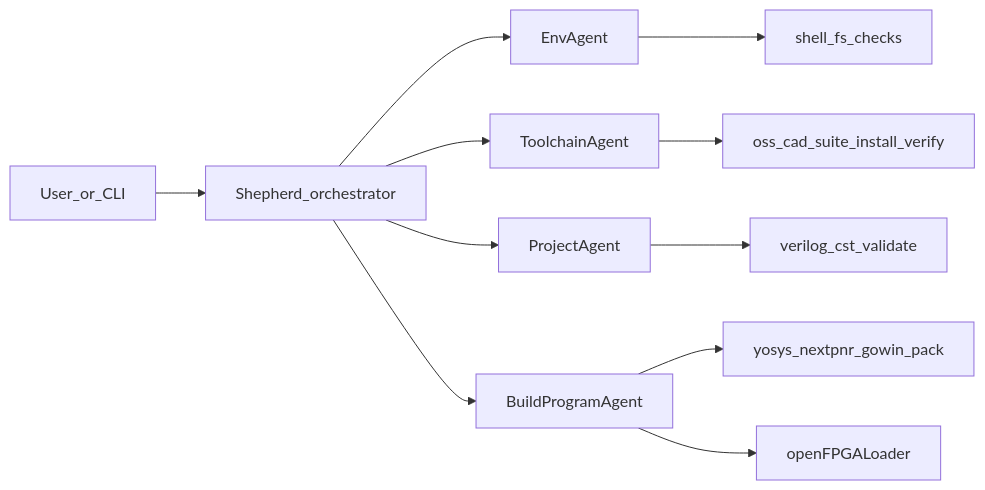
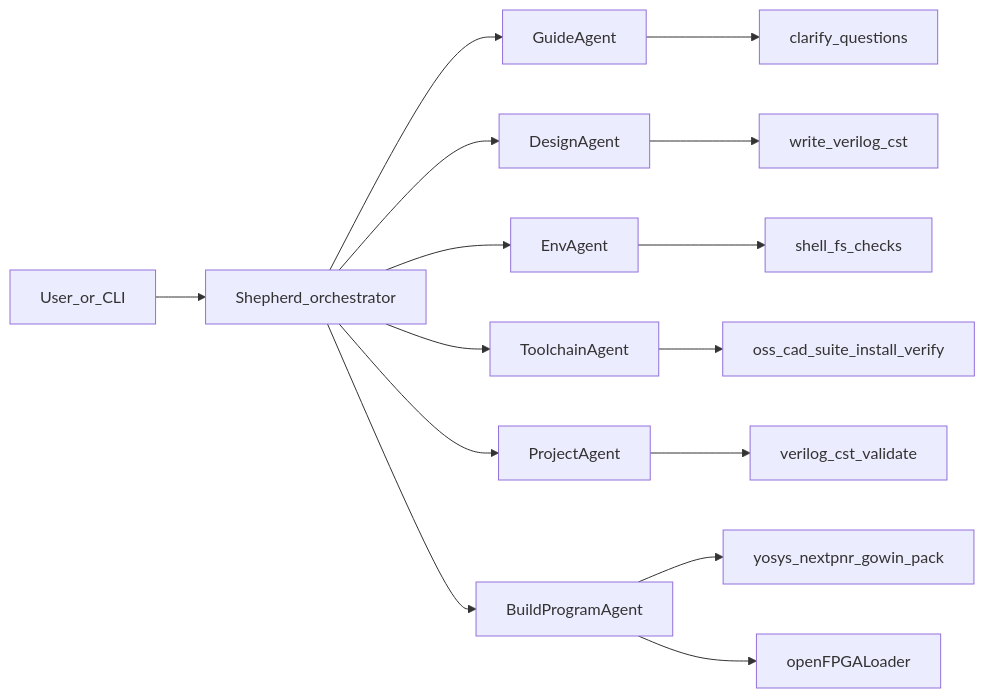
Before and after one commit to stepacool/FPGA-shepherd: the second of 2 diagrams in PLAN.md, drawn with Mermaid. The commit also changed other lines of this file, not shown here.

Commit message:
Enhance project plan for FPGA Shepherd by detailing user journey and agent responsibilities, emphasizing interactive guided sessions and support for Tang Nano 9K. Update goals and product shape to reflect new functionality and user experience improvements.

````diff
--- a/PLAN.md
+++ b/PLAN.md
@@ -20,13 +56,17 @@
 ```mermaid
 flowchart LR
   User[User_or_CLI] --> Shepherd[Shepherd_orchestrator]
+  Shepherd --> Guide[GuideAgent]
+  Shepherd --> Design[DesignAgent]
   Shepherd --> Env[EnvAgent]
   Shepherd --> Toolchain[ToolchainAgent]
   Shepherd --> Project[ProjectAgent]
   Shepherd --> Build[BuildProgramAgent]
+  Guide --> Chat[clarify_questions]
+  Design --> Files[write_verilog_cst]
   Env --> ShellTools[shell_fs_checks]
   Toolchain --> OssCad[oss_cad_suite_install_verify]
   Project --> VerilogCst[verilog_cst_validate]
   Build --> YosysNextpnr[yosys_nextpnr_gowin_pack]
   Build --> Loader[openFPGALoader]
 ```
````
